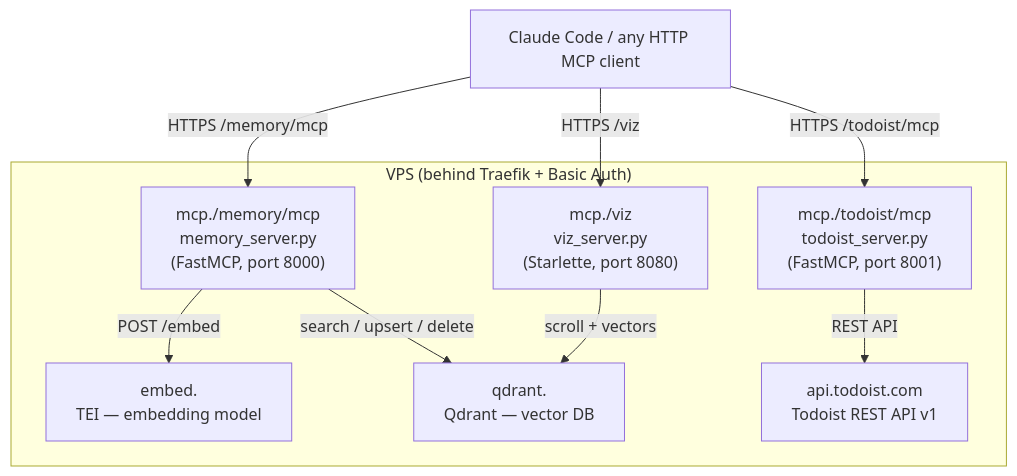
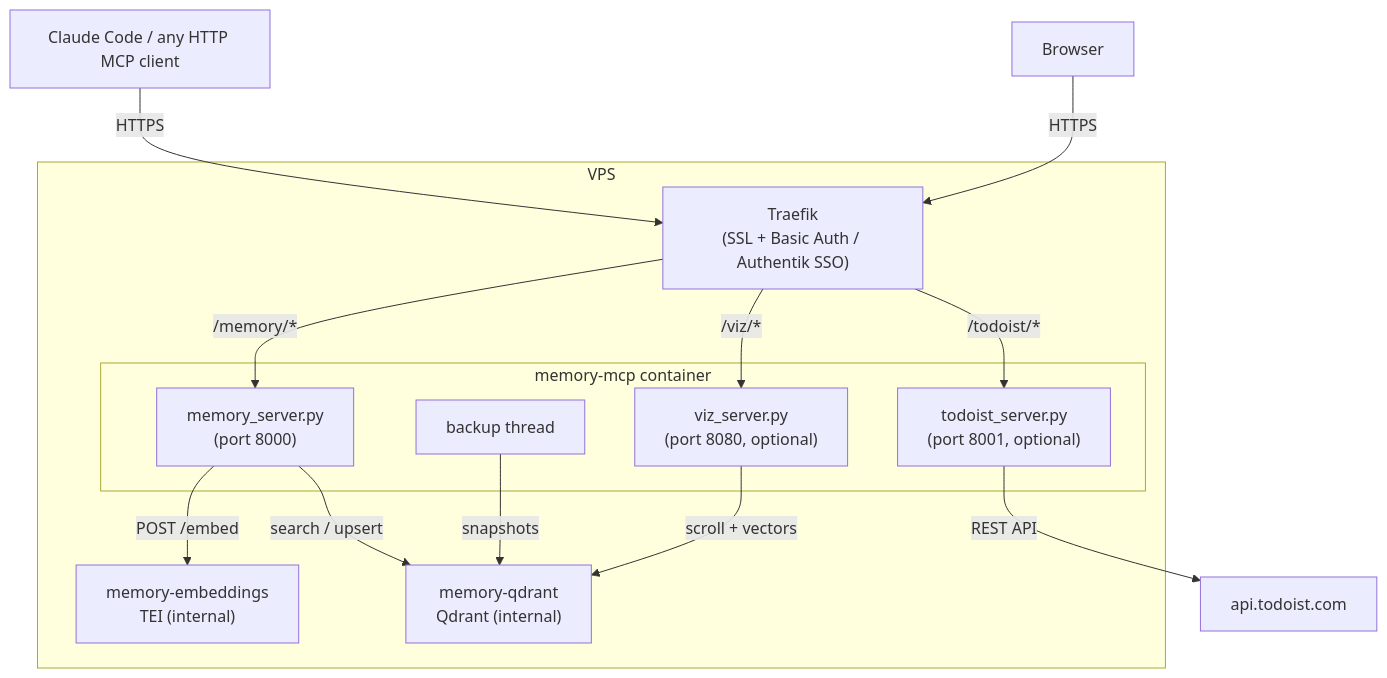
One commit to Dzarlax-AI/personal_memory changed the first of 3 diagrams in README.MD. Above: the diagram before and after it, drawn with Mermaid. The commit also changed other lines of this file and 2 other files, not shown here.

Commit message:
Remove Traefik exposure for TEI and Qdrant
TEI and Qdrant are now internal-only — accessed via Docker network,
not through Traefik. Only mcp.<domain> is exposed externally.
Qdrant dashboard still available on localhost:6333 for debugging.
Simplified architecture diagrams in docs.

````diff
--- a/README.MD
+++ b/README.MD
@@ -20,21 +20,30 @@
 ```mermaid
 graph TD
     Client["Claude Code / any HTTP MCP client"]
+    Browser["Browser"]
 
-    subgraph VPS["VPS (behind Traefik + Basic Auth)"]
-        MemoryMCP["mcp.<domain>/memory/mcp\nmemory_server.py\n(FastMCP, port 8000)"]
-        TodoistMCP["mcp.<domain>/todoist/mcp\ntodoist_server.py\n(FastMCP, port 8001)"]
-        Viz["mcp.<domain>/viz\nviz_server.py\n(Starlette, port 8080)"]
-        TEI["embed.<domain>\nTEI — embedding model"]
-        Qdrant["qdrant.<domain>\nQdrant — vector DB"]
-        TodoistAPI["api.todoist.com\nTodoist REST API v1"]
+    subgraph VPS["VPS"]
+        Traefik["Traefik\n(SSL + Basic Auth / Authentik SSO)"]
+
+        subgraph MCP["memory-mcp container"]
+            Memory["memory_server.py\n(port 8000)"]
+            Todoist["todoist_server.py\n(port 8001, optional)"]
+            Viz["viz_server.py\n(port 8080, optional)"]
+            Backup["backup thread"]
+        end
+
+        TEI["memory-embeddings\nTEI (internal)"]
+        Qdrant["memory-qdrant\nQdrant (internal)"]
     end
 
-    Client -->|"HTTPS /memory/mcp"| MemoryMCP
-    Client -->|"HTTPS /todoist/mcp"| TodoistMCP
-    Client -->|"HTTPS /viz"| Viz
-    MemoryMCP -->|"POST /embed"| TEI
-    MemoryMCP -->|"search / upsert / delete"| Qdrant
+    Client -->|"HTTPS"| Traefik
+    Browser -->|"HTTPS"| Traefik
+    Traefik -->|"/memory/*"| Memory
+    Traefik -->|"/todoist/*"| Todoist
+    Traefik -->|"/viz/*"| Viz
+    Memory -->|"POST /embed"| TEI
+    Memory -->|"search / upsert"| Qdrant
+    Backup -->|"snapshots"| Qdrant
     Viz -->|"scroll + vectors"| Qdrant
-    TodoistMCP -->|"REST API"| TodoistAPI
+    Todoist -->|"REST API"| TodoistAPI["api.todoist.com"]
 ```
````
